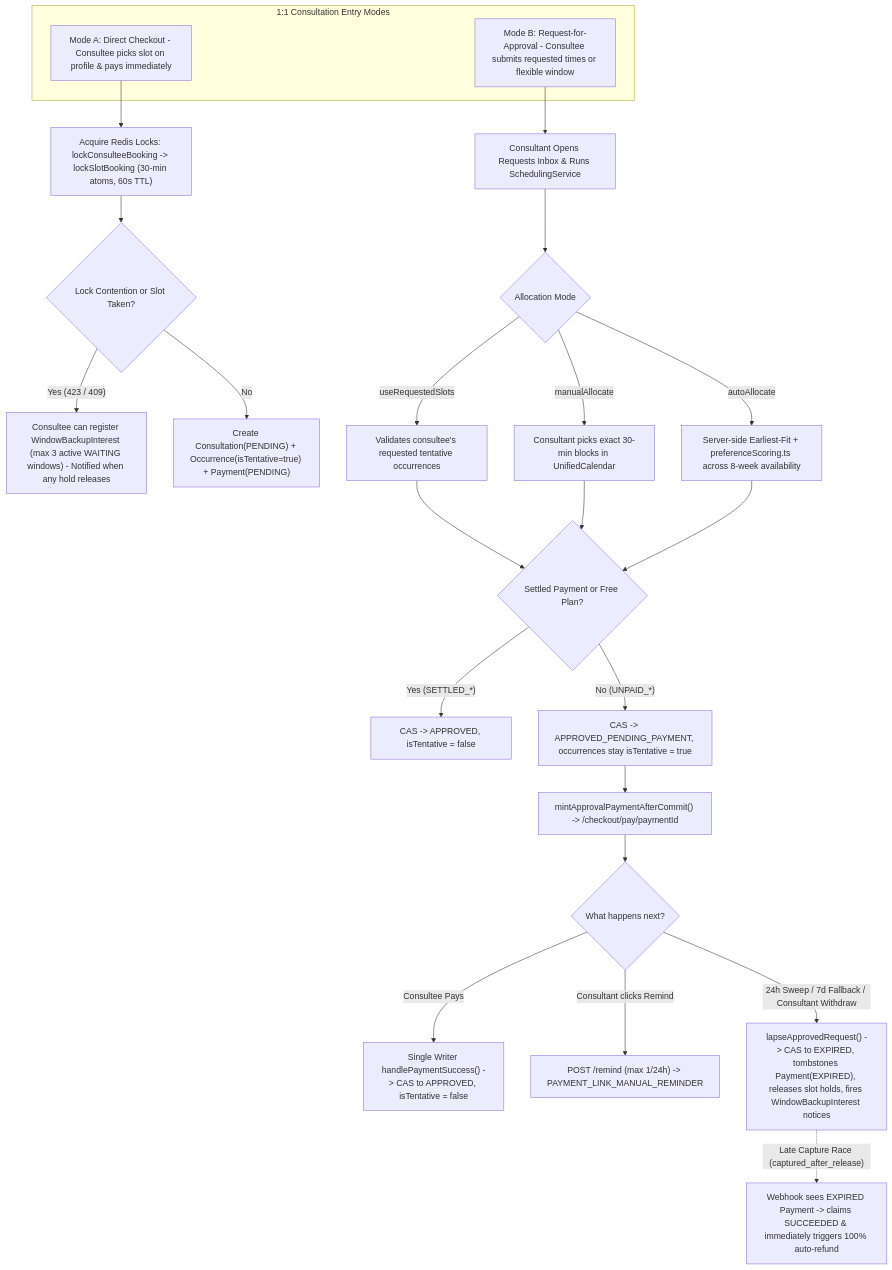
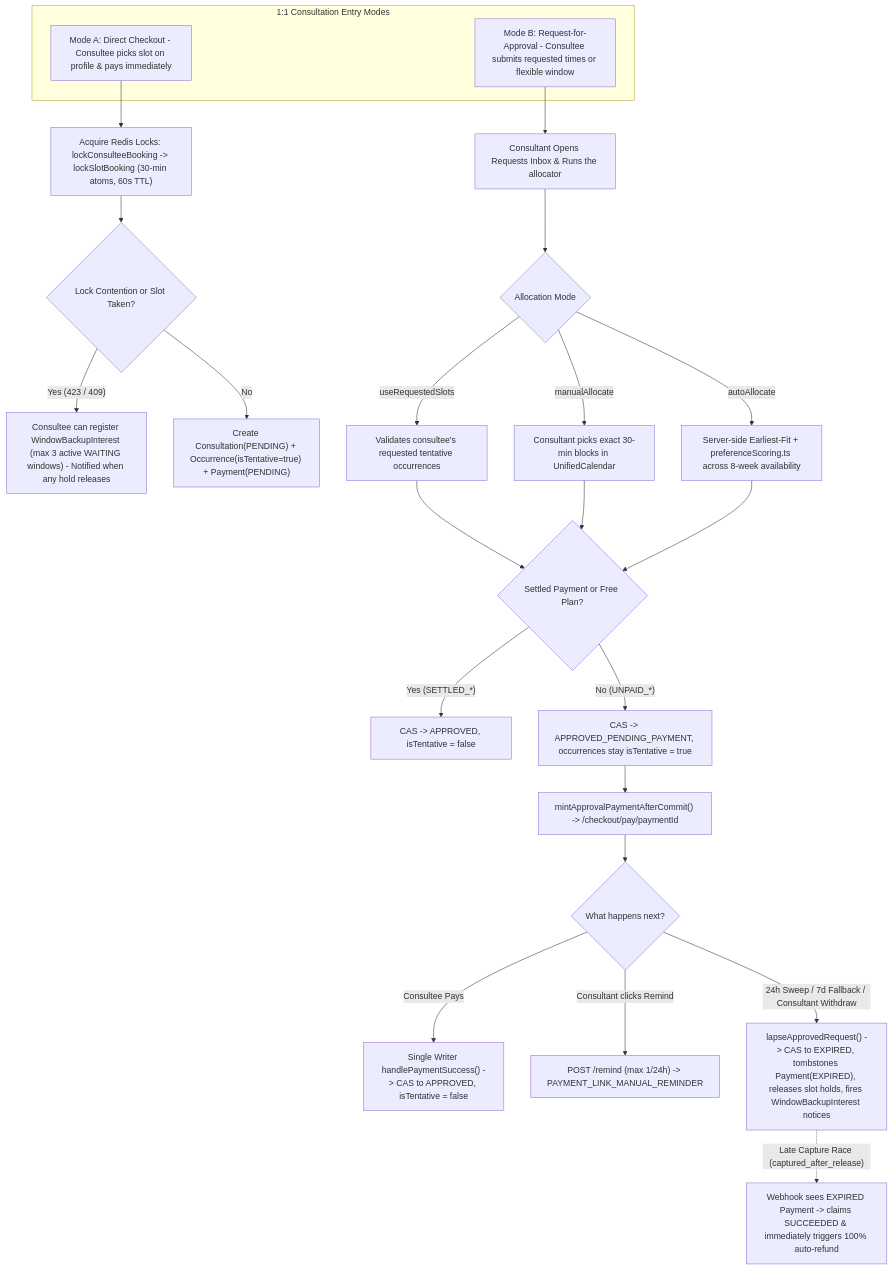
One commit to Practitionist/familiarise_web changed the second of 4 diagrams in docs/start-here/01-booking-system-hld.md. Above: the diagram before and after it, drawn with Mermaid. The commit also changed other lines of this file and 78 other files, not shown here.

````diff
--- a/docs/start-here/01-booking-system-hld.md
+++ b/docs/start-here/01-booking-system-hld.md
@@ -200,32 +200,32 @@
 ```mermaid
 flowchart TD
   subgraph Entry["1:1 Consultation Entry Modes"]
     DC["Mode A: Direct Checkout - Consultee picks slot on profile & pays immediately"]
     REQ["Mode B: Request-for-Approval - Consultee submits requested times or flexible window"]
   end
 
   DC --> LOCK["Acquire Redis Locks: lockConsulteeBooking -> lockSlotBooking (30-min atoms, 60s TTL)"]
   LOCK --> LOCK_FAIL{"Lock Contention or Slot Taken?"}
   LOCK_FAIL -->|"Yes (423 / 409)"| BACKUP["Consultee can register WindowBackupInterest (max 3 active WAITING windows) - Notified when any hold releases"]
   LOCK_FAIL -->|"No"| TX_HOLD["Create Consultation(PENDING) + Occurrence(isTentative=true) + Payment(PENDING)"]
 
-  REQ --> ALLOC["Consultant Opens Requests Inbox & Runs SchedulingService"]
+  REQ --> ALLOC["Consultant Opens Requests Inbox & Runs the allocator"]
   ALLOC --> ALLOC_MODE{"Allocation Mode"}
   ALLOC_MODE -->|"useRequestedSlots"| USE_REQ["Validates consultee's requested tentative occurrences"]
   ALLOC_MODE -->|"manualAllocate"| MAN_ALLOC["Consultant picks exact 30-min blocks in UnifiedCalendar"]
   ALLOC_MODE -->|"autoAllocate"| AUTO_ALLOC["Server-side Earliest-Fit + preferenceScoring.ts across 8-week availability"]
 
   USE_REQ --> MONEY_PRED{"Settled Payment or Free Plan?"}
   MAN_ALLOC --> MONEY_PRED
   AUTO_ALLOC --> MONEY_PRED
 
   MONEY_PRED -->|"Yes (SETTLED_*)"| APPROVED_DIRECT["CAS -> APPROVED, isTentative = false"]
   MONEY_PRED -->|"No (UNPAID_*)"| APP_WAIT["CAS -> APPROVED_PENDING_PAYMENT, occurrences stay isTentative = true"]
   APP_WAIT --> MINT_LINK["mintApprovalPaymentAfterCommit() -> /checkout/pay/paymentId"]
 
   MINT_LINK --> WAIT_OUTCOME{"What happens next?"}
   WAIT_OUTCOME -->|"Consultee Pays"| CAPTURE["Single Writer handlePaymentSuccess() -> CAS to APPROVED, isTentative = false"]
   WAIT_OUTCOME -->|"Consultant clicks Remind"| REMIND["POST /remind (max 1/24h) -> PAYMENT_LINK_MANUAL_REMINDER"]
   WAIT_OUTCOME -->|"24h Sweep / 7d Fallback / Consultant Withdraw"| LAPSE["lapseApprovedRequest() -> CAS to EXPIRED, tombstones Payment(EXPIRED), releases slot holds, fires WindowBackupInterest notices"]
   LAPSE -.->|"Late Capture Race (captured_after_release)"| AUTO_REFUND["Webhook sees EXPIRED Payment -> claims SUCCEEDED & immediately triggers 100% auto-refund"]
 ```
````
